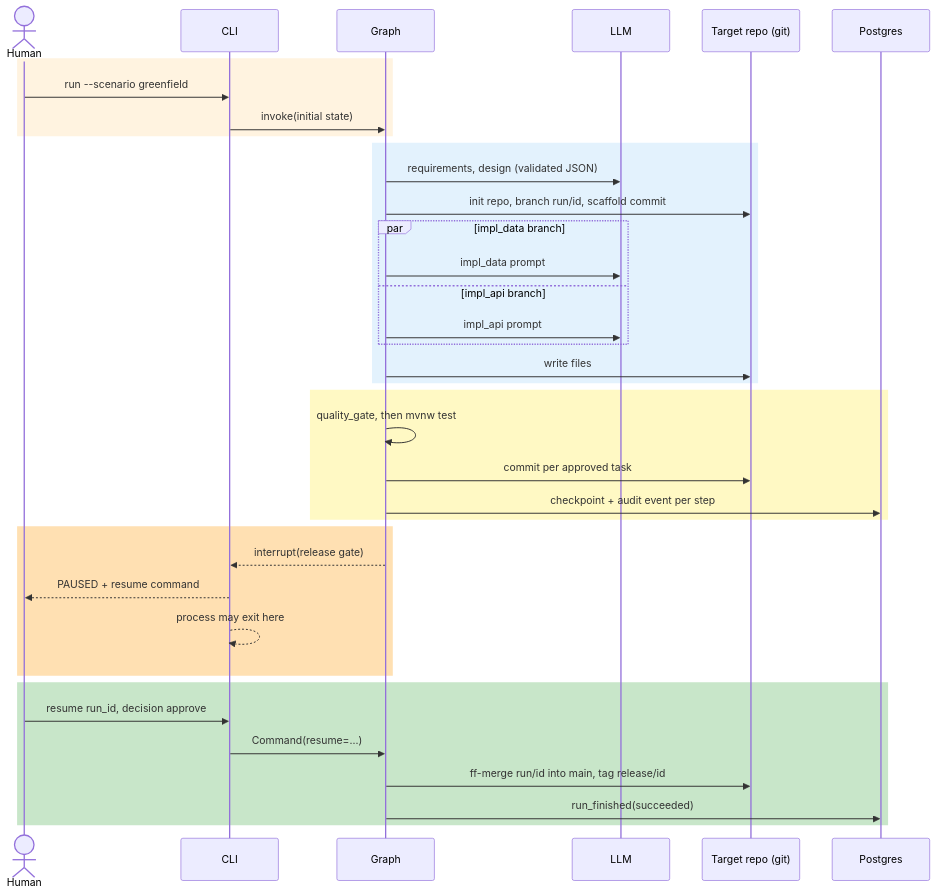
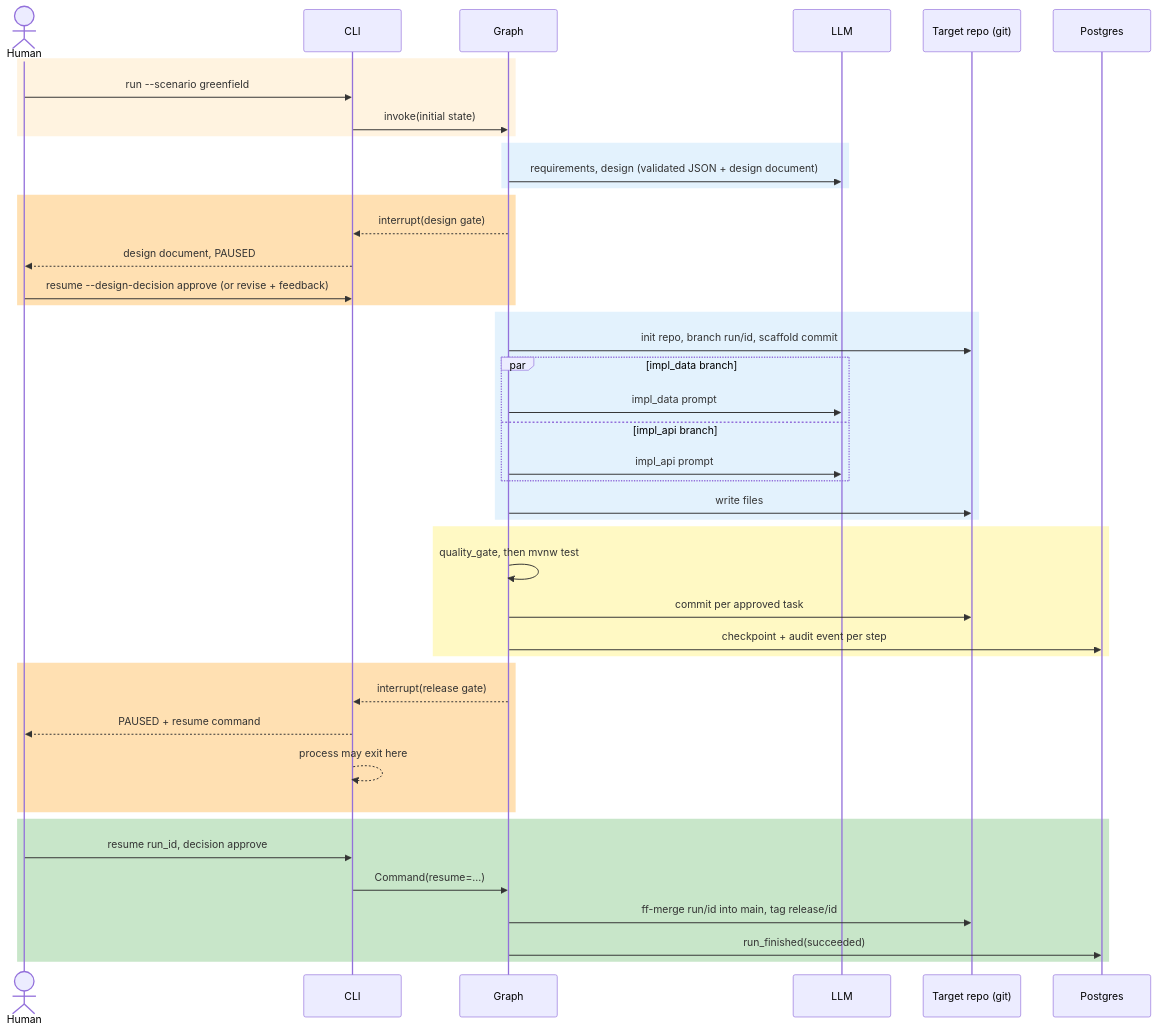
One commit to ajayrahul11/agentic-sdlc-system changed the third of 5 diagrams in README.md. Above: the diagram before and after it, drawn with Mermaid. The commit also changed other lines of this file and 12 other files, not shown here.

First line of the commit message:
Add design document and human design-review gate before codegen

````diff
--- a/README.md
+++ b/README.md
@@ -177,39 +183,46 @@
 ```mermaid
 sequenceDiagram
     actor H as Human
     participant C as CLI
     participant G as Graph
     participant L as LLM
     participant R as Target repo (git)
     participant DB as Postgres
     rect rgb(255, 243, 224)
     H->>C: run --scenario greenfield
     C->>G: invoke(initial state)
     end
     rect rgb(227, 242, 253)
-    G->>L: requirements, design (validated JSON)
+    G->>L: requirements, design (validated JSON + design document)
+    end
+    rect rgb(255, 224, 178)
+    G-->>C: interrupt(design gate)
+    C-->>H: design document, PAUSED
+    H->>C: resume --design-decision approve (or revise + feedback)
+    end
+    rect rgb(227, 242, 253)
     G->>R: init repo, branch run/id, scaffold commit
     par impl_data branch
         G->>L: impl_data prompt
     and impl_api branch
         G->>L: impl_api prompt
     end
     G->>R: write files
     end
     rect rgb(255, 249, 196)
     G->>G: quality_gate, then mvnw test
     G->>R: commit per approved task
     G->>DB: checkpoint + audit event per step
     end
     rect rgb(255, 224, 178)
     G-->>C: interrupt(release gate)
     C-->>H: PAUSED + resume command
     C-->>C: process may exit here
     end
     rect rgb(200, 230, 201)
     H->>C: resume run_id, decision approve
     C->>G: Command(resume=...)
     G->>R: ff-merge run/id into main, tag release/id
     G->>DB: run_finished(succeeded)
     end
 ```
````
